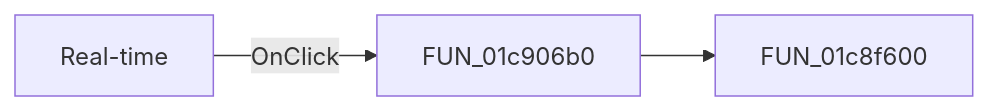
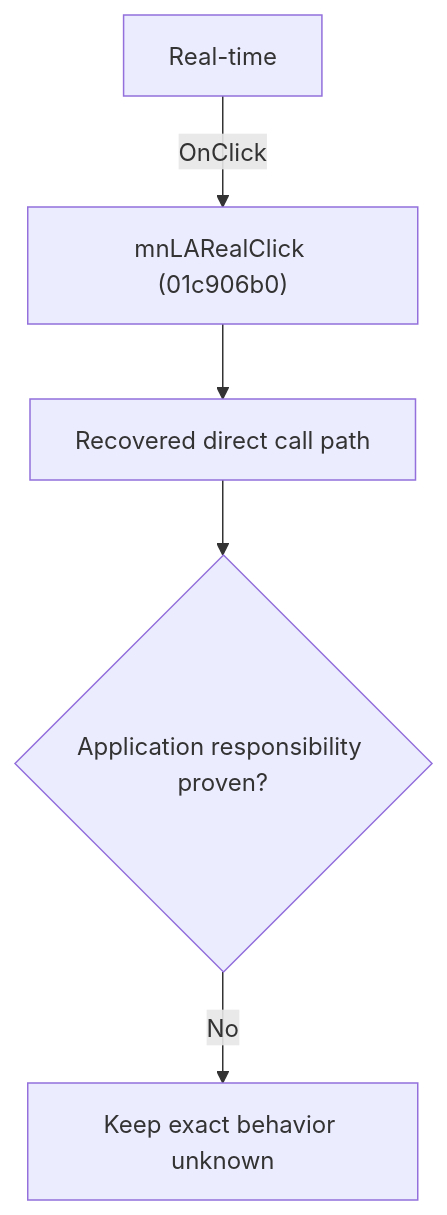
The diagram in docs/ui-controls/schematiceditor/mnlareal-1a45e8b68b.md (MovGP0/TIARA), drawn with Mermaid before and after one commit. The commit also changed other lines of this file and 1062 other files, not shown here.

````diff
--- a/docs/ui-controls/schematiceditor/mnlareal-1a45e8b68b.md
+++ b/docs/ui-controls/schematiceditor/mnlareal-1a45e8b68b.md
@@ -27,5 +27,7 @@
 ```mermaid
-flowchart LR
-    control["Real-time"] -->|OnClick| handler["FUN_01c906b0"]
-    handler --> call1["FUN_01c8f600"]
+flowchart TD
+    control["Real-time"] -->|"OnClick"| handler["mnLARealClick (01c906b0)"]
+    handler --> recovered["Recovered direct call path"]
+    recovered --> gap{"Application responsibility proven?"}
+    gap -->|"No"| blocked["Keep exact behavior unknown"]
 ```
````
